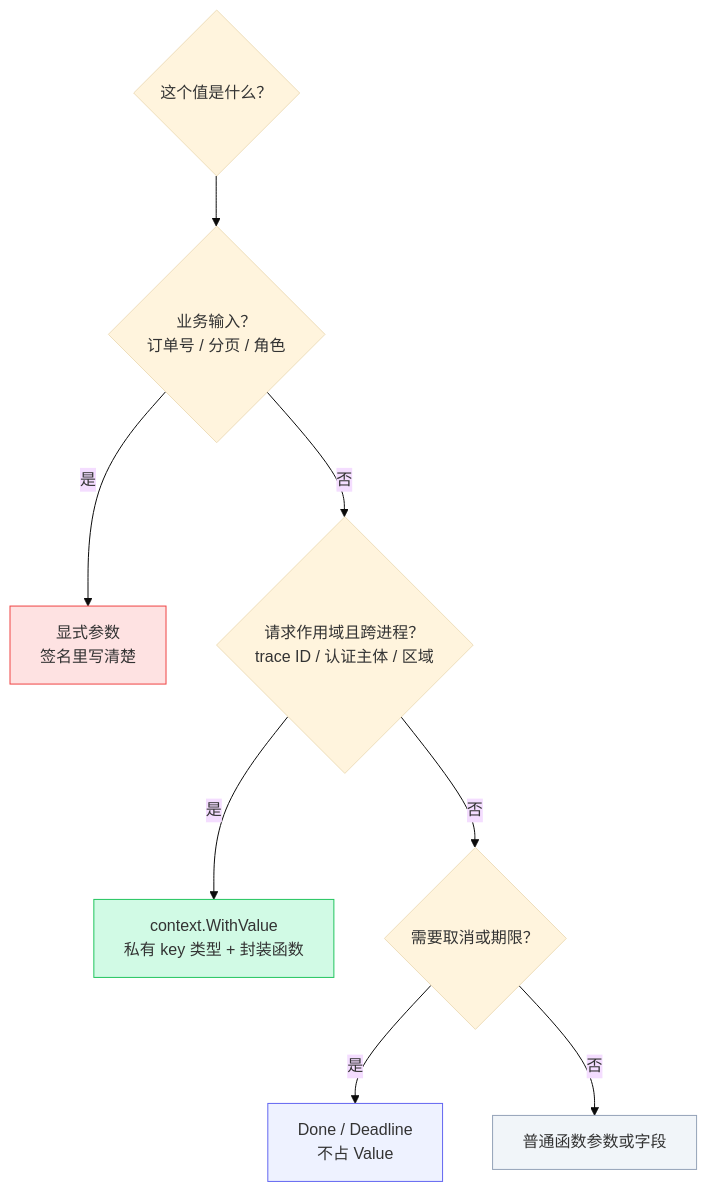
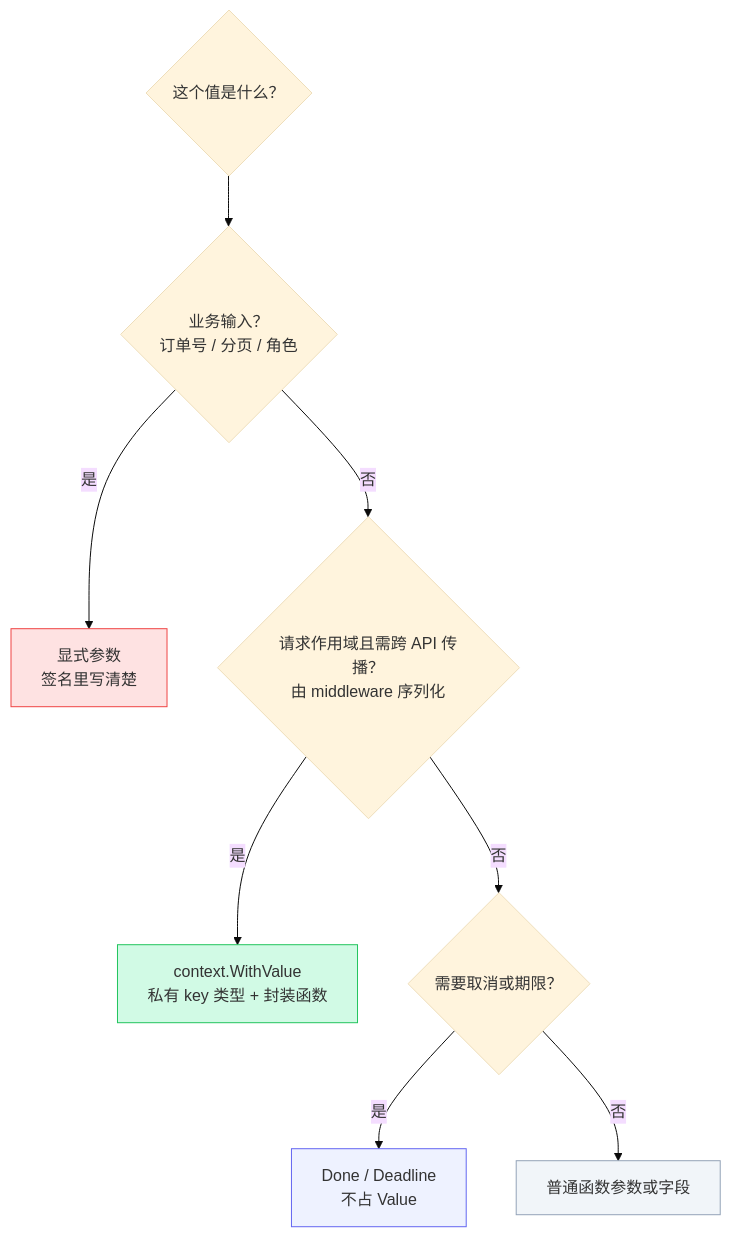
Before and after one commit to MoreConsequence/MoreConsequence.github.io: the second of 2 diagrams in content/posts/go-context-patterns.md, drawn with Mermaid (base theme). The commit also changed other lines of this file and 263 other files, not shown here.

````diff
--- a/content/posts/go-context-patterns.md
+++ b/content/posts/go-context-patterns.md
@@ -388,15 +388,15 @@
 ```mermaid
 flowchart TD
     Q{"这个值是什么？"} --> Q1{"业务输入？<br/>订单号 / 分页 / 角色"}
     Q1 -->|是| A["显式参数<br/>签名里写清楚"]
-    Q1 -->|否| Q2{"请求作用域且跨进程？<br/>trace ID / 认证主体 / 区域"}
+    Q1 -->|否| Q2{"请求作用域且需跨 API 传播？<br/>由 middleware 序列化"}
     Q2 -->|是| B["context.WithValue<br/>私有 key 类型 + 封装函数"]
     Q2 -->|否| Q3{"需要取消或期限？"}
     Q3 -->|是| C["Done / Deadline<br/>不占 Value"]
     Q3 -->|否| D["普通函数参数或字段"]
 
     style A fill:#fee2e2,stroke:#ef4444
     style B fill:#d1fae5,stroke:#22c55e
     style C fill:#eef2ff,stroke:#6366f1
     style D fill:#f1f5f9,stroke:#94a3b8
 ```
````
